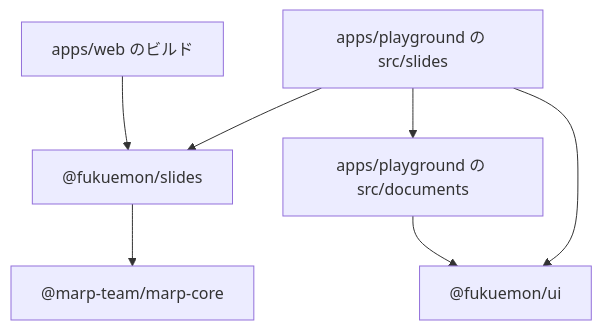
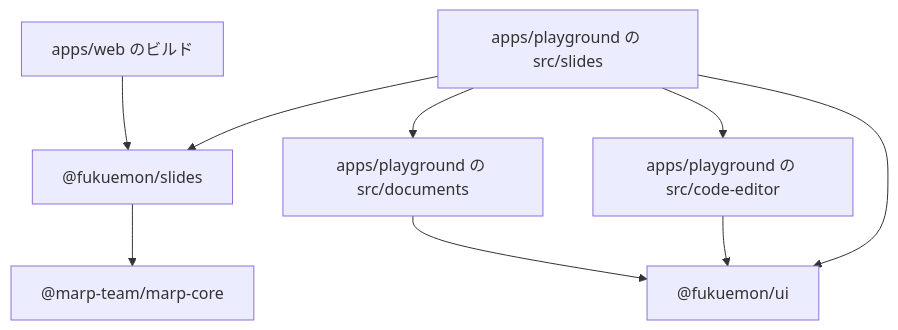
One commit to Fukuemon/fukuemon.dev changed the first of 4 diagrams in docs/design/features/slides/DesignDoc.md. Above: the diagram before and after it, drawn with Mermaid. The commit also changed other lines of this file and 1 other file, not shown here.

First line of the commit message:
docs(design): スライドの設計の architecture のレビューの指摘を反映する #114

````diff
--- a/docs/design/features/slides/DesignDoc.md
+++ b/docs/design/features/slides/DesignDoc.md
@@ -82,16 +84,19 @@
 ```mermaid
 flowchart TB
   page["apps/playground の src/slides"]
   documents["apps/playground の src/documents"]
+  editor["apps/playground の src/code-editor"]
   web["apps/web のビルド"]
   slides["@fukuemon/slides"]
   ui["@fukuemon/ui"]
   marp["@marp-team/marp-core"]
 
   page --> slides
   page --> documents
+  page --> editor
   page --> ui
   documents --> ui
+  editor --> ui
   web --> slides
   slides --> marp
 ```
````
